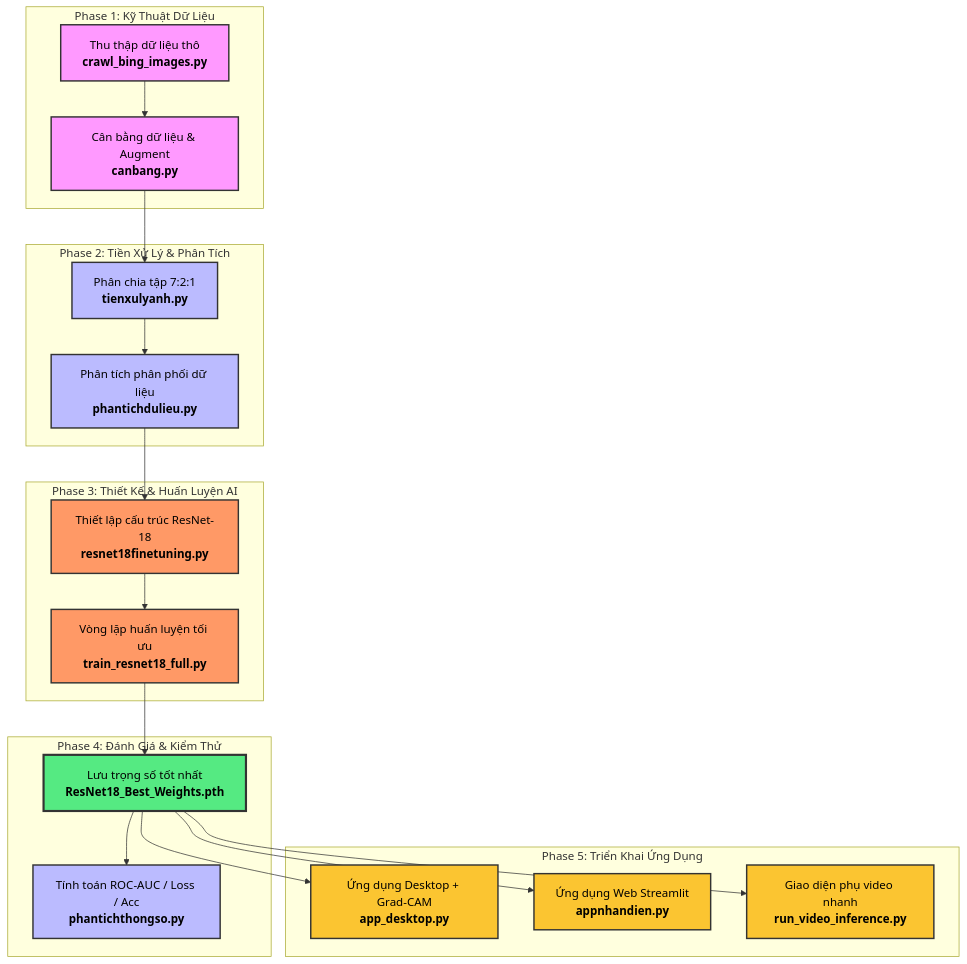
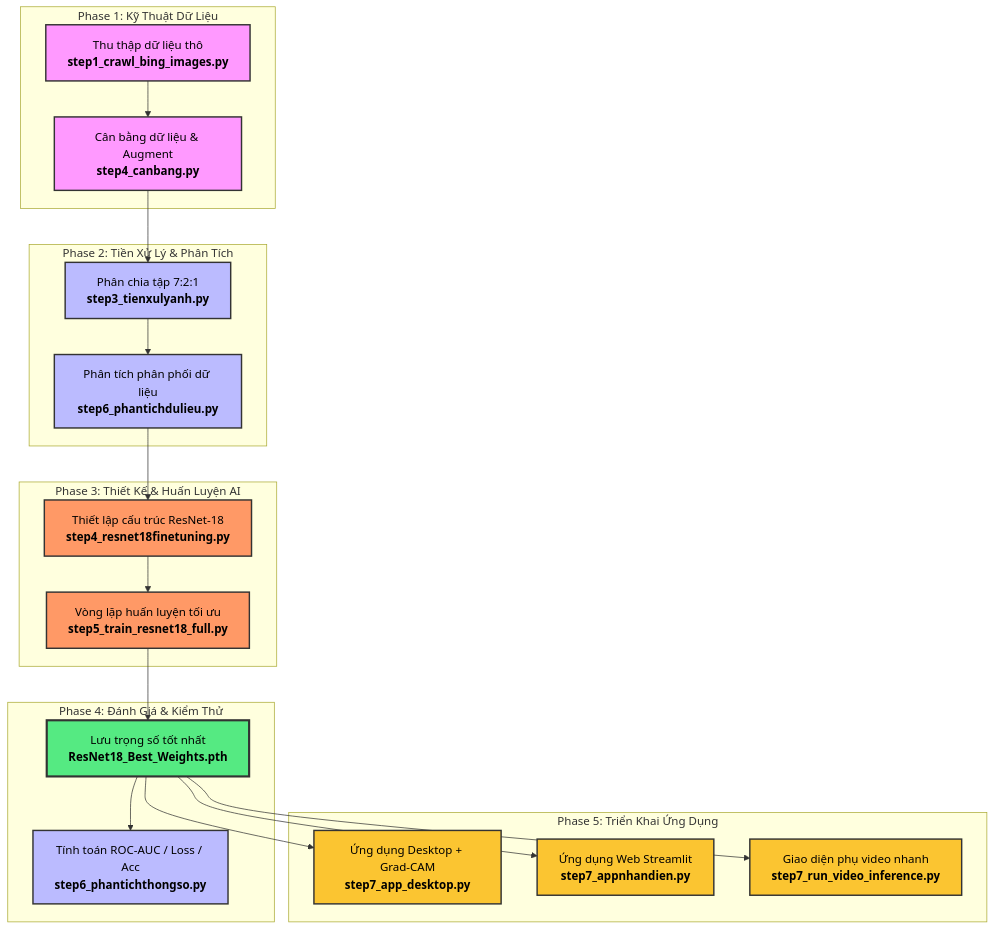
One commit to dangthanhthi/du_an_bao_ton_dong_vat_sach_do changed the diagram in README.md. Above: the diagram before and after it, drawn with Mermaid. The commit also changed other lines of this file and 11 other files, not shown here.

````diff
--- a/README.md
+++ b/README.md
@@ -13,41 +13,41 @@
 ```mermaid
 graph TD
     %% Định nghĩa các bước trong Pipeline
     subgraph Phase 1: Kỹ Thuật Dữ Liệu
-        A[Thu thập dữ liệu thô<br><b>crawl_bing_images.py</b>] --> B[Cân bằng dữ liệu & Augment<br><b>canbang.py</b>]
+        A[Thu thập dữ liệu thô<br><b>step1_crawl_bing_images.py</b>] --> B[Cân bằng dữ liệu & Augment<br><b>step4_canbang.py</b>]
     end
 
     subgraph Phase 2: Tiền Xử Lý & Phân Tích
-        B --> C[Phân chia tập 7:2:1<br><b>tienxulyanh.py</b>]
-        C --> D[Phân tích phân phối dữ liệu<br><b>phantichdulieu.py</b>]
+        B --> C[Phân chia tập 7:2:1<br><b>step3_tienxulyanh.py</b>]
+        C --> D[Phân tích phân phối dữ liệu<br><b>step6_phantichdulieu.py</b>]
     end
 
     subgraph Phase 3: Thiết Kế & Huấn Luyện AI
-        D --> E[Thiết lập cấu trúc ResNet-18<br><b>resnet18finetuning.py</b>]
-        E --> F[Vòng lặp huấn luyện tối ưu<br><b>train_resnet18_full.py</b>]
+        D --> E[Thiết lập cấu trúc ResNet-18<br><b>step4_resnet18finetuning.py</b>]
+        E --> F[Vòng lặp huấn luyện tối ưu<br><b>step5_train_resnet18_full.py</b>]
     end
 
     subgraph Phase 4: Đánh Giá & Kiểm Thử
         F --> G[Lưu trọng số tốt nhất<br><b>ResNet18_Best_Weights.pth</b>]
-        G --> H[Tính toán ROC-AUC / Loss / Acc<br><b>phantichthongso.py</b>]
+        G --> H[Tính toán ROC-AUC / Loss / Acc<br><b>step6_phantichthongso.py</b>]
     end
 
     subgraph Phase 5: Triển Khai Ứng Dụng
-        G --> I[Ứng dụng Desktop + Grad-CAM<br><b>app_desktop.py</b>]
-        G --> J[Ứng dụng Web Streamlit<br><b>appnhandien.py</b>]
-        G --> K[Giao diện phụ video nhanh<br><b>run_video_inference.py</b>]
+        G --> I[Ứng dụng Desktop + Grad-CAM<br><b>step7_app_desktop.py</b>]
+        G --> J[Ứng dụng Web Streamlit<br><b>step7_appnhandien.py</b>]
+        G --> K[Giao diện phụ video nhanh<br><b>step7_run_video_inference.py</b>]
     end
 
     %% Định nghĩa màu sắc thẩm mỹ
     style A fill:#f9f,stroke:#333,stroke-width:2px,color:#000
     style B fill:#f9f,stroke:#333,stroke-width:2px,color:#000
     style C fill:#bbf,stroke:#333,stroke-width:2px,color:#000
     style D fill:#bbf,stroke:#333,stroke-width:2px,color:#000
     style E fill:#f96,stroke:#333,stroke-width:2px,color:#000
     style F fill:#f96,stroke:#333,stroke-width:2px,color:#000
     style G fill:#55ea82,stroke:#333,stroke-width:3px,color:#000
     style H fill:#bbf,stroke:#333,stroke-width:2px,color:#000
     style I fill:#fbc531,stroke:#333,stroke-width:2px,color:#000
     style J fill:#fbc531,stroke:#333,stroke-width:2px,color:#000
     style K fill:#fbc531,stroke:#333,stroke-width:2px,color:#000
 ```
````
